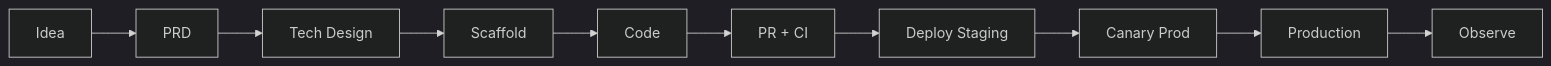
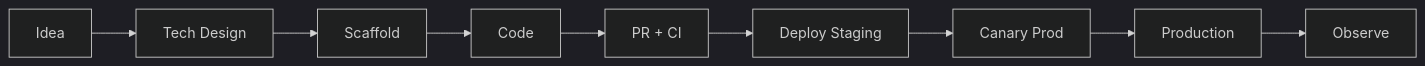
Before and after one commit to rishikeshdhokare/platform-manifesto: the diagram in 06-developer-guides/02-golden-path.md, drawn with Mermaid (dark theme). The commit also changed other lines of this file and 2 other files, not shown here.

First line of the commit message:
fix: remove tech-specific tool names from README file descriptions

````diff
--- a/06-developer-guides/02-golden-path.md
+++ b/06-developer-guides/02-golden-path.md
@@ -32,12 +17,11 @@
 ```mermaid
 flowchart LR
-    Idea[Idea] --> PRD[PRD]
-    PRD --> TDD[Tech Design]
+    Idea[Idea] --> TDD[Tech Design]
     TDD --> Scaffold[Scaffold]
     Scaffold --> Code[Code]
     Code --> PR[PR + CI]
     PR --> Stage[Deploy Staging]
     Stage --> Canary[Canary Prod]
     Canary --> Prod[Production]
     Prod --> Observe[Observe]
 ```
````
